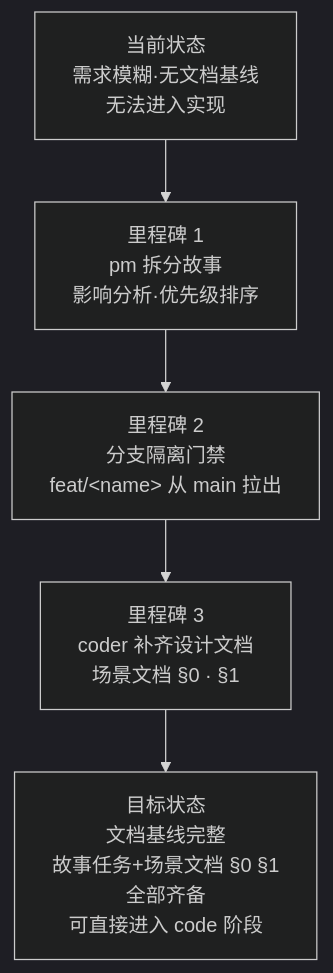
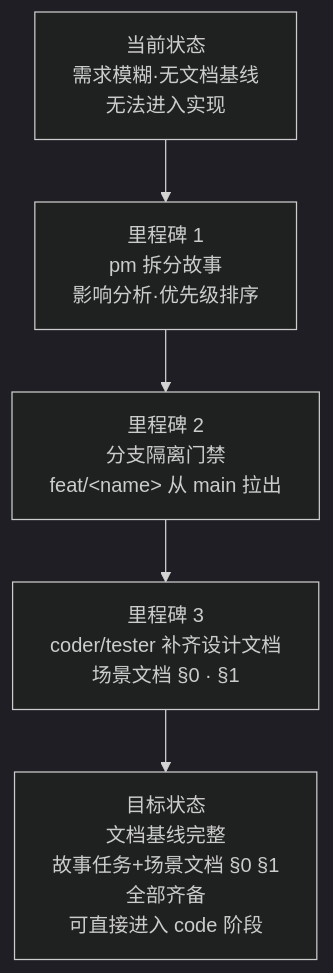
The sixth of 14 diagrams in skills/rui/SKILL.md (effiy/YrY), drawn with Mermaid (dark theme) before and after one commit. The commit also changed other lines of this file and 24 other files, not shown here.

````diff
--- a/skills/rui/SKILL.md
+++ b/skills/rui/SKILL.md
@@ -256,9 +279,8 @@
 ```mermaid
 flowchart TD
     NOW["当前状态<br/>需求模糊·无文档基线<br/>无法进入实现"]:::pain
     NOW --> M1["里程碑 1<br/>pm 拆分故事<br/>影响分析·优先级排序"]:::milestone
     M1 --> M2["里程碑 2<br/>分支隔离门禁<br/>feat/&lt;name&gt; 从 main 拉出"]:::milestone
-    M2 --> M3["里程碑 3<br/>coder 补齐设计文档<br/>场景文档 §0 · §1"]:::milestone
+    M2 --> M3["里程碑 3<br/>coder/tester 补齐设计文档<br/>场景文档 §0 · §1"]:::milestone
     M3 --> GOAL["目标状态<br/>文档基线完整<br/>故事任务+场景文档 §0 §1<br/>全部齐备<br/>可直接进入 code 阶段"]:::goal
-
 ```
````
